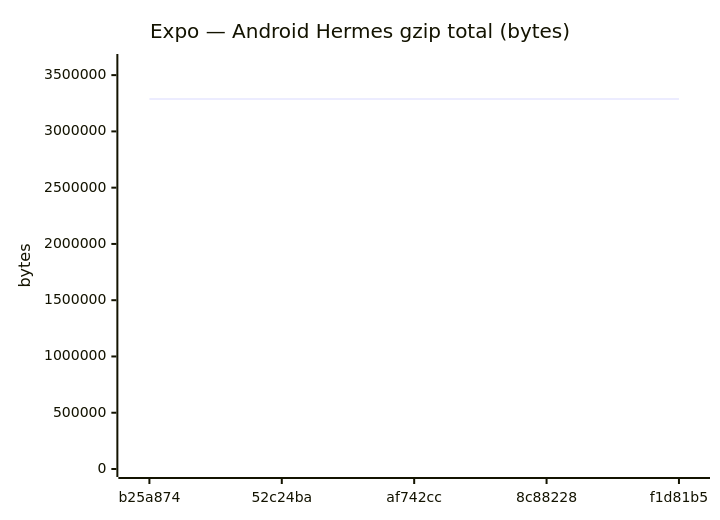
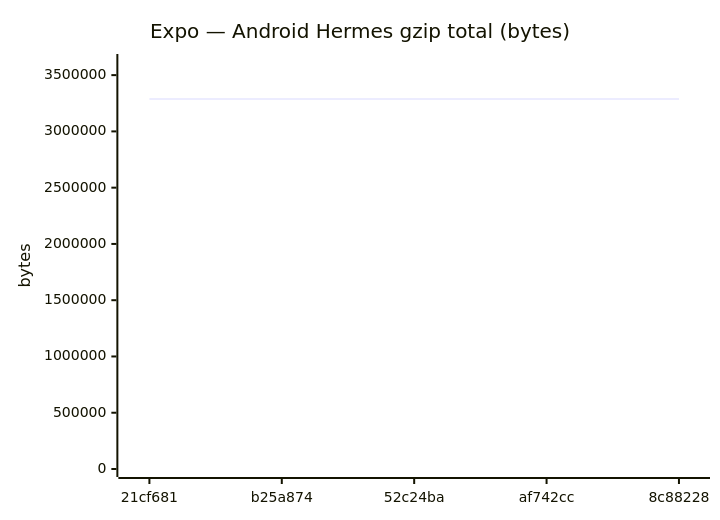
Diagram 11 of 18 in benchmarks/compare.md (Metaheurist/Rianell), drawn with Mermaid before and after one commit. The commit also changed other lines of this file and 11 other files, not shown here.

````diff
--- a/benchmarks/compare.md
+++ b/benchmarks/compare.md
@@ -172,7 +172,7 @@
 ```mermaid
 xychart-beta
     title "Expo — Android Hermes gzip total (bytes)"
-    x-axis ["b25a874", "52c24ba", "af742cc", "8c88228", "f1d81b5"]
+    x-axis ["21cf681", "b25a874", "52c24ba", "af742cc", "8c88228"]
     y-axis "bytes" 0 --> 3616656
-    line [3287424, 3287423, 3287424, 3287869, 3287424]
+    line [3287427, 3287424, 3287423, 3287424, 3287869]
 ```
````
